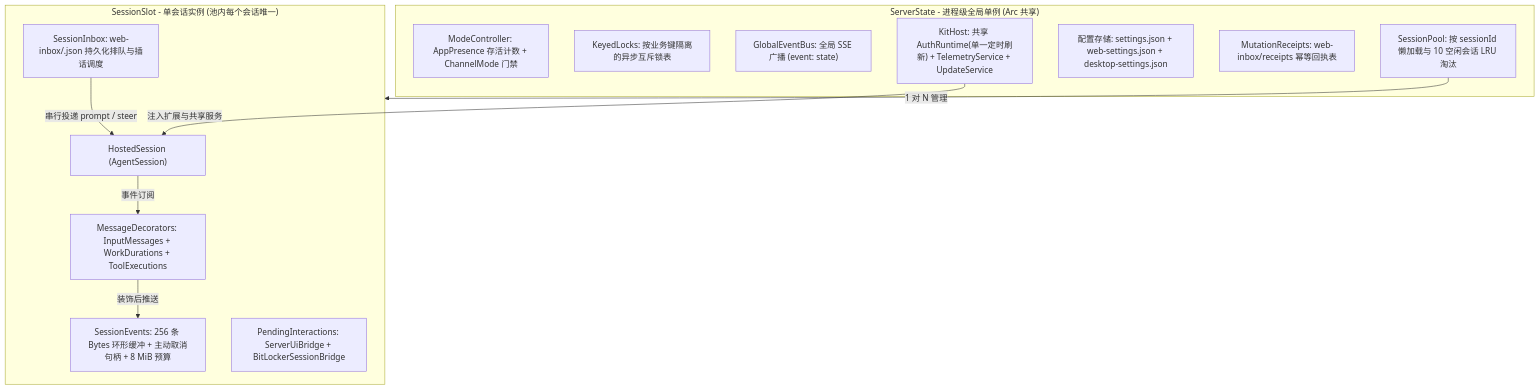
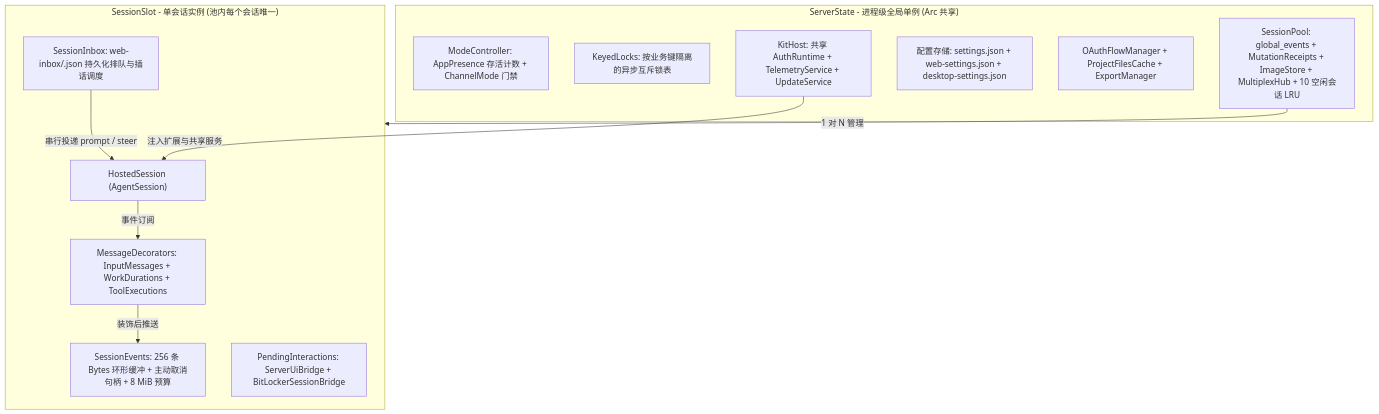
One commit to SCAU-Computer-Serving-Team/cst-pilot changed the third of 4 diagrams in doc/rust/plan/7.server.md. Above: the diagram before and after it, drawn with Mermaid. The commit also changed other lines of this file and 46 other files, not shown here.

````diff
--- a/doc/rust/plan/7.server.md
+++ b/doc/rust/plan/7.server.md
@@ -117,26 +115,25 @@
 ```mermaid
 flowchart TD
     subgraph ServerState["ServerState - 进程级全局单例 (Arc 共享)"]
         Mode["ModeController: AppPresence 存活计数 + ChannelMode 门禁"]
         Locks["KeyedLocks: 按业务键隔离的异步互斥锁表"]
-        GlobalBus["GlobalEventBus: 全局 SSE 广播 (event: state)"]
-        Host["KitHost: 共享 AuthRuntime(单一定时刷新) + TelemetryService + UpdateService"]
+        Host["KitHost: 共享 AuthRuntime + TelemetryService + UpdateService"]
         Settings["配置存储: settings.json + web-settings.json + desktop-settings.json"]
-        Receipts["MutationReceipts: web-inbox/receipts 幂等回执表"]
-        Pool["SessionPool: 按 sessionId 懒加载与 10 空闲会话 LRU 淘汰"]
+        OAuth["OAuthFlowManager + ProjectFilesCache + ExportManager"]
+        Pool["SessionPool: global_events + MutationReceipts + ImageStore + MultiplexHub + 10 空闲会话 LRU"]
     end
 
     subgraph Slot["SessionSlot - 单会话实例 (池内每个会话唯一)"]
         Session["HostedSession (AgentSession)"]
         Decorators["MessageDecorators: InputMessages + WorkDurations + ToolExecutions"]
         Inbox["SessionInbox: web-inbox/<id>.json 持久化排队与插话调度"]
         EventRing["SessionEvents: 256 条 Bytes 环形缓冲 + 主动取消句柄 + 8 MiB 预算"]
         PendingUI["PendingInteractions: ServerUiBridge + BitLockerSessionBridge"]
     end
 
     Pool -->|"1 对 N 管理"| Slot
     Inbox -->|"串行投递 prompt / steer"| Session
     Session -->|"事件订阅"| Decorators
     Decorators -->|"装饰后推送"| EventRing
     Host -->|"注入扩展与共享服务"| Session
 ```
````
